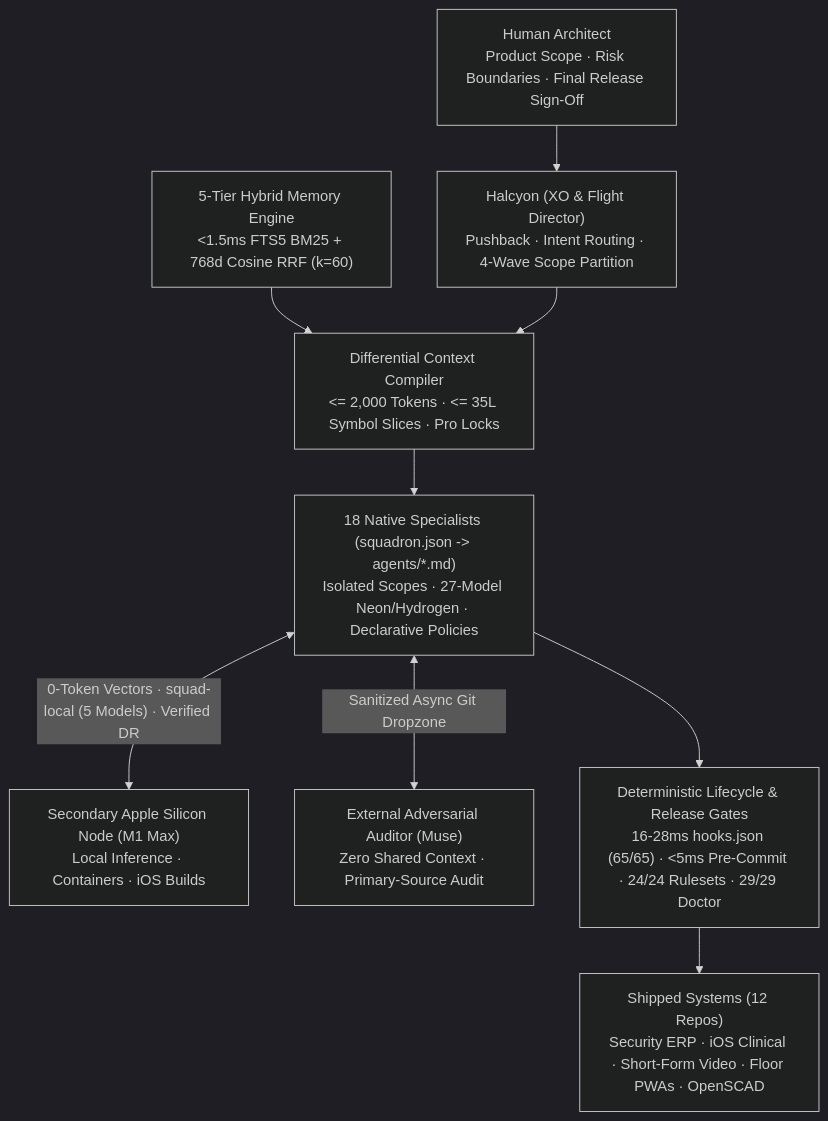
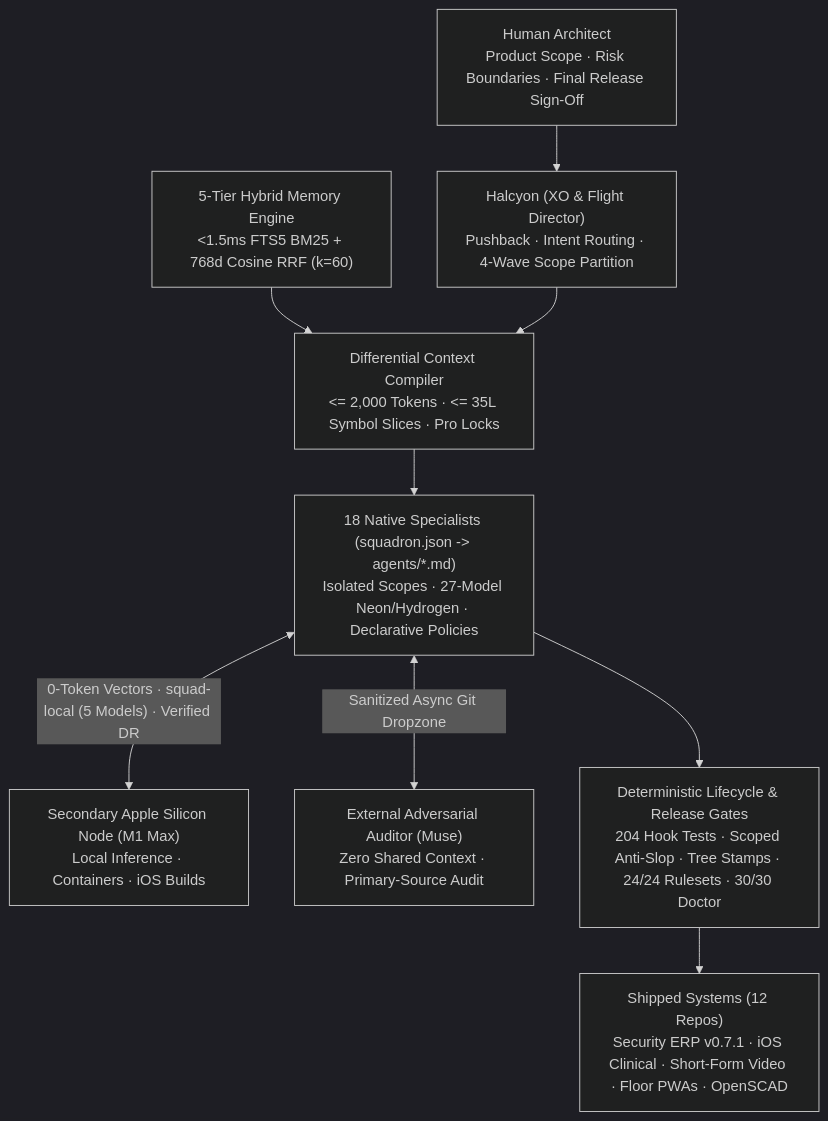
Before and after one commit to jhathcock-sys/Public-Showcase: the first of 3 diagrams in 02_AI-Systems-Architecture/00-Cognitive-Architecture-Overview.md, drawn with Mermaid (dark theme). The commit also changed other lines of this file and 10 other files, not shown here.

Commit message:
docs(showcase): sync Arclight v0.7.1 (Sprint 2 + Wave 0 + Sprint 2.5), 18-upgrade ROI architecture, ~20x token benchmark, and 30/30 doctor

````diff
--- a/02_AI-Systems-Architecture/00-Cognitive-Architecture-Overview.md
+++ b/02_AI-Systems-Architecture/00-Cognitive-Architecture-Overview.md
@@ -28,14 +28,14 @@
 ```mermaid
 flowchart TB
     Human["Human Architect\nProduct Scope · Risk Boundaries · Final Release Sign-Off"] --> MC["Halcyon (XO & Flight Director)\nPushback · Intent Routing · 4-Wave Scope Partition"]
 
     Memory["5-Tier Hybrid Memory Engine\n<1.5ms FTS5 BM25 + 768d Cosine RRF (k=60)"] --> Context["Differential Context Compiler\n<= 2,000 Tokens · <= 35L Symbol Slices · Pro Locks"]
     MC --> Context
 
     Context --> Squad["18 Native Specialists (squadron.json -> agents/*.md)\nIsolated Scopes · 27-Model Neon/Hydrogen · Declarative Policies"]
     Squad <-->|"0-Token Vectors · squad-local (5 Models) · Verified DR"| Node2["Secondary Apple Silicon Node (M1 Max)\nLocal Inference · Containers · iOS Builds"]
     Squad <-->|"Sanitized Async Git Dropzone"| Auditor["External Adversarial Auditor (Muse)\nZero Shared Context · Primary-Source Audit"]
 
-    Squad --> Gates["Deterministic Lifecycle & Release Gates\n16-28ms hooks.json (65/65) · <5ms Pre-Commit · 24/24 Rulesets · 29/29 Doctor"]
-    Gates --> Prod["Shipped Systems (12 Repos)\nSecurity ERP · iOS Clinical · Short-Form Video · Floor PWAs · OpenSCAD"]
+    Squad --> Gates["Deterministic Lifecycle & Release Gates\n204 Hook Tests · Scoped Anti-Slop · Tree Stamps · 24/24 Rulesets · 30/30 Doctor"]
+    Gates --> Prod["Shipped Systems (12 Repos)\nSecurity ERP v0.7.1 · iOS Clinical · Short-Form Video · Floor PWAs · OpenSCAD"]
 ```
````
